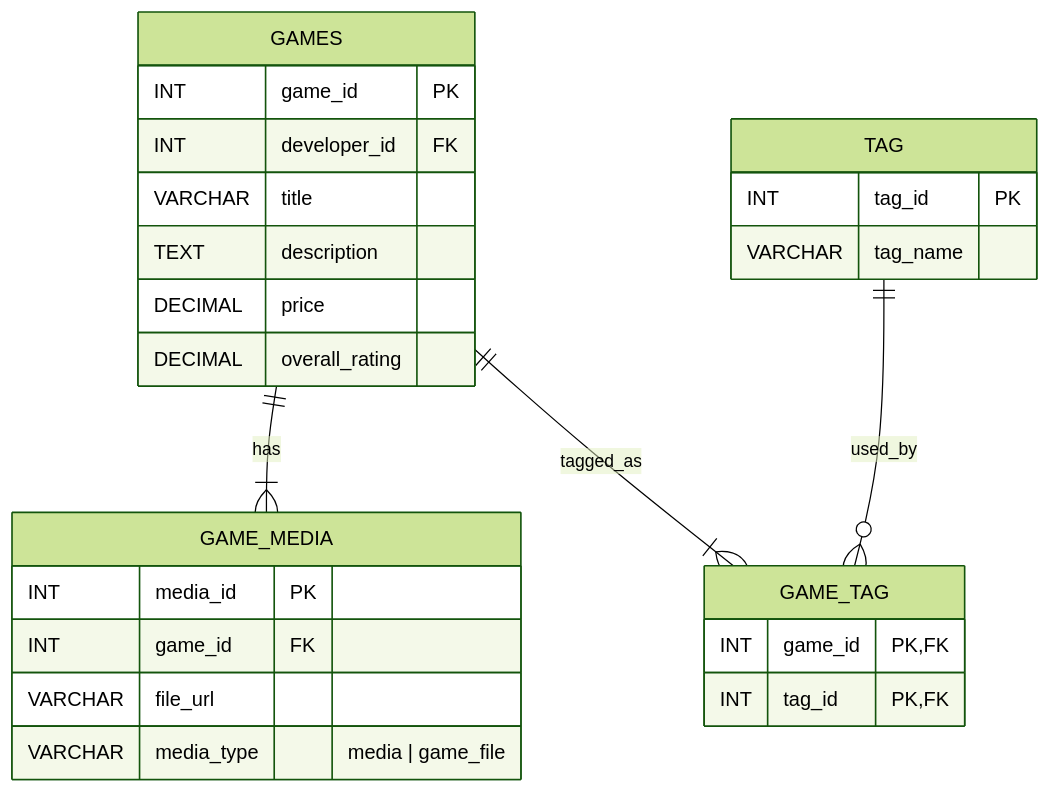
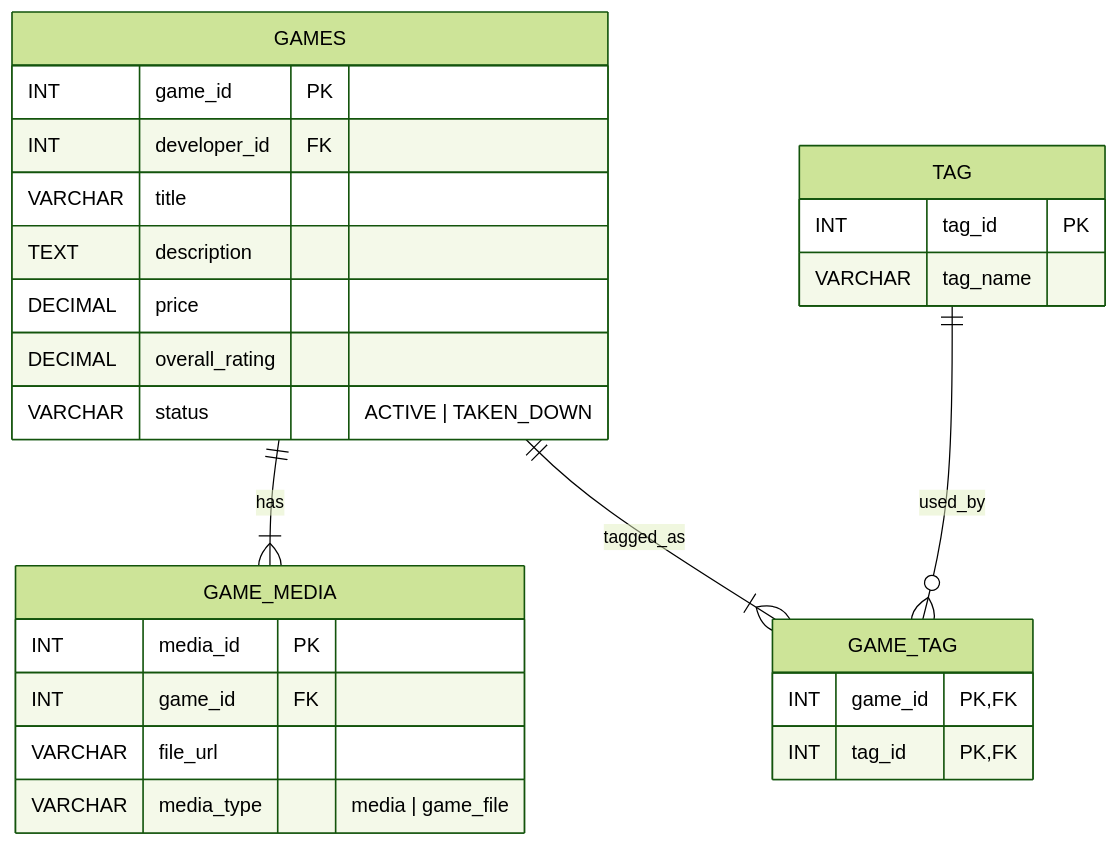
Before and after one commit to willie6666/dbms: the diagram in mermaid/mermaid_modules/02_Game_Tag_Media.mermaid, drawn with Mermaid (forest theme). The commit also changed 6 other files, not shown here.

Commit message:
feat: 為多個模型新增狀態欄位，支持 "ACTIVE | TAKEN_DOWN" 狀態

```diff
--- a/mermaid/mermaid_modules/02_Game_Tag_Media.mermaid
+++ b/mermaid/mermaid_modules/02_Game_Tag_Media.mermaid
@@ -1,27 +1,28 @@
 erDiagram
     GAMES {
         INT game_id PK
         INT developer_id FK
         VARCHAR title
         TEXT description
         DECIMAL price
         DECIMAL overall_rating
+        VARCHAR status "ACTIVE | TAKEN_DOWN"
     }
     TAG {
         INT tag_id PK
         VARCHAR tag_name
     }
     GAME_TAG {
         INT game_id PK, FK
         INT tag_id PK, FK
     }
     GAME_MEDIA {
         INT media_id PK
         INT game_id FK
         VARCHAR file_url
         VARCHAR media_type "media | game_file"
     }
 
     GAMES ||--|{ GAME_MEDIA : has
     GAMES ||--|{ GAME_TAG : tagged_as
     TAG ||--o{ GAME_TAG : used_by
```
